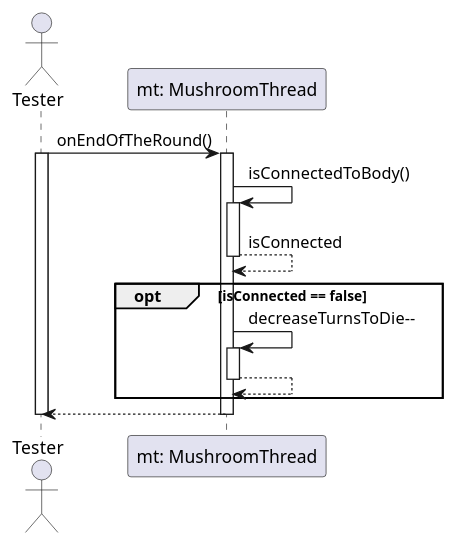
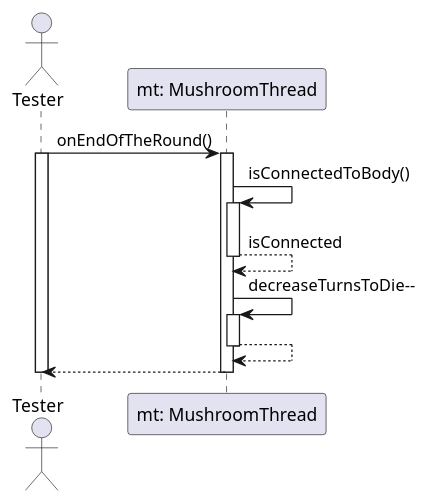
One commit to dzsem/projlab changed the diagram in diagrams/test-sequence/mushroomThreadDissolve.wsd. Above: the diagram before and after it, drawn with PlantUML.

Commit message:
Deleted opt from dissolve diagram

```diff
--- a/diagrams/test-sequence/mushroomThreadDissolve.wsd
+++ b/diagrams/test-sequence/mushroomThreadDissolve.wsd
@@ -1,27 +1,25 @@
 @startuml Mushroom Thread Dissolve
 
 actor "Tester" as tester
 participant "mt: MushroomThread" as mt
 
 tester -> mt: onEndOfTheRound()
 activate tester
 activate mt
 
 mt -> mt: isConnectedToBody()
 activate mt
 mt --> mt: isConnected
 deactivate mt
 
-opt isConnected == false
-    mt -> mt: decreaseTurnsToDie--
-    activate mt
-    mt --> mt
-    deactivate mt
-end
+mt -> mt: decreaseTurnsToDie--
+activate mt
+mt --> mt
+deactivate mt
 
 mt --> tester
 deactivate mt
 deactivate tester
 
 
 @enduml
```
